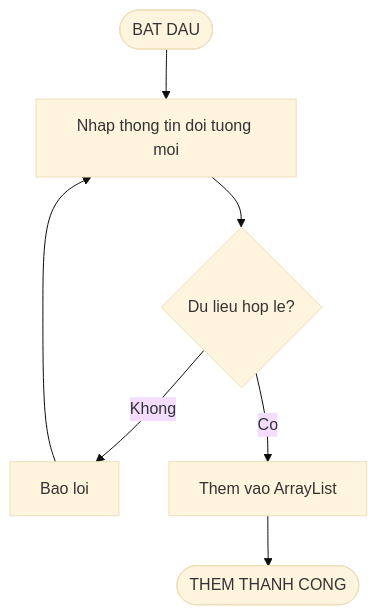
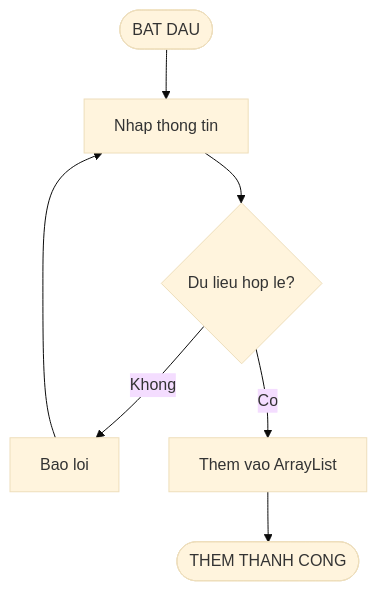
One commit to phucphuc2006/pro-192 changed the fourth of 20 diagrams in docs/Flowcharts/Flowcharts.md. Above: the diagram before and after it, drawn with Mermaid (base theme). The commit also changed other lines of this file, not shown here.

Commit message:
Fix Mermaid: add quotes to all labels for GitHub compatibility

````diff
--- a/docs/Flowcharts/Flowcharts.md
+++ b/docs/Flowcharts/Flowcharts.md
@@ -84,9 +71,9 @@
 ```mermaid
 flowchart TD
-    A([BAT DAU]) --> B[Nhap thong tin doi tuong moi]
-    B --> C{Du lieu hop le?}
-    C -->|Khong| D[Bao loi]
+    A(["BAT DAU"]) --> B["Nhap thong tin"]
+    B --> C{"Du lieu hop le?"}
+    C -->|Khong| D["Bao loi"]
     D --> B
-    C -->|Co| E[Them vao ArrayList]
-    E --> F([THEM THANH CONG])
+    C -->|Co| E["Them vao ArrayList"]
+    E --> F(["THEM THANH CONG"])
 ```
````
